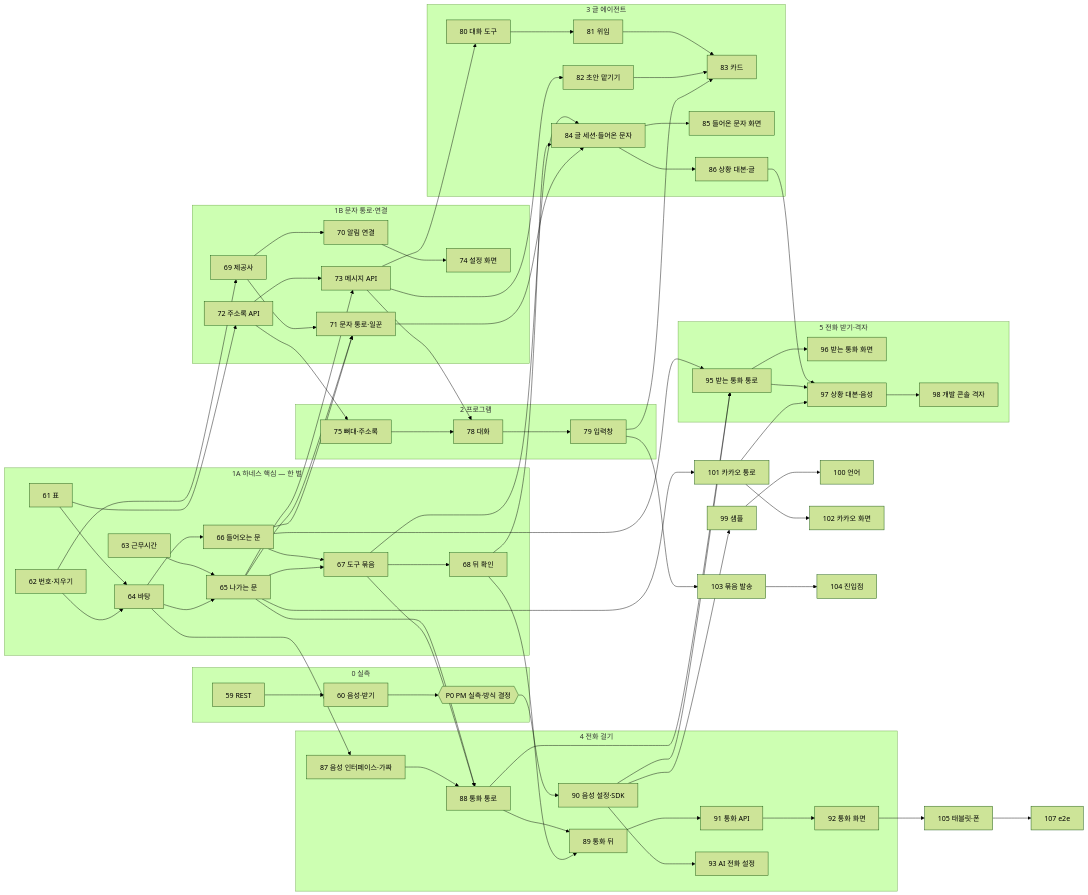
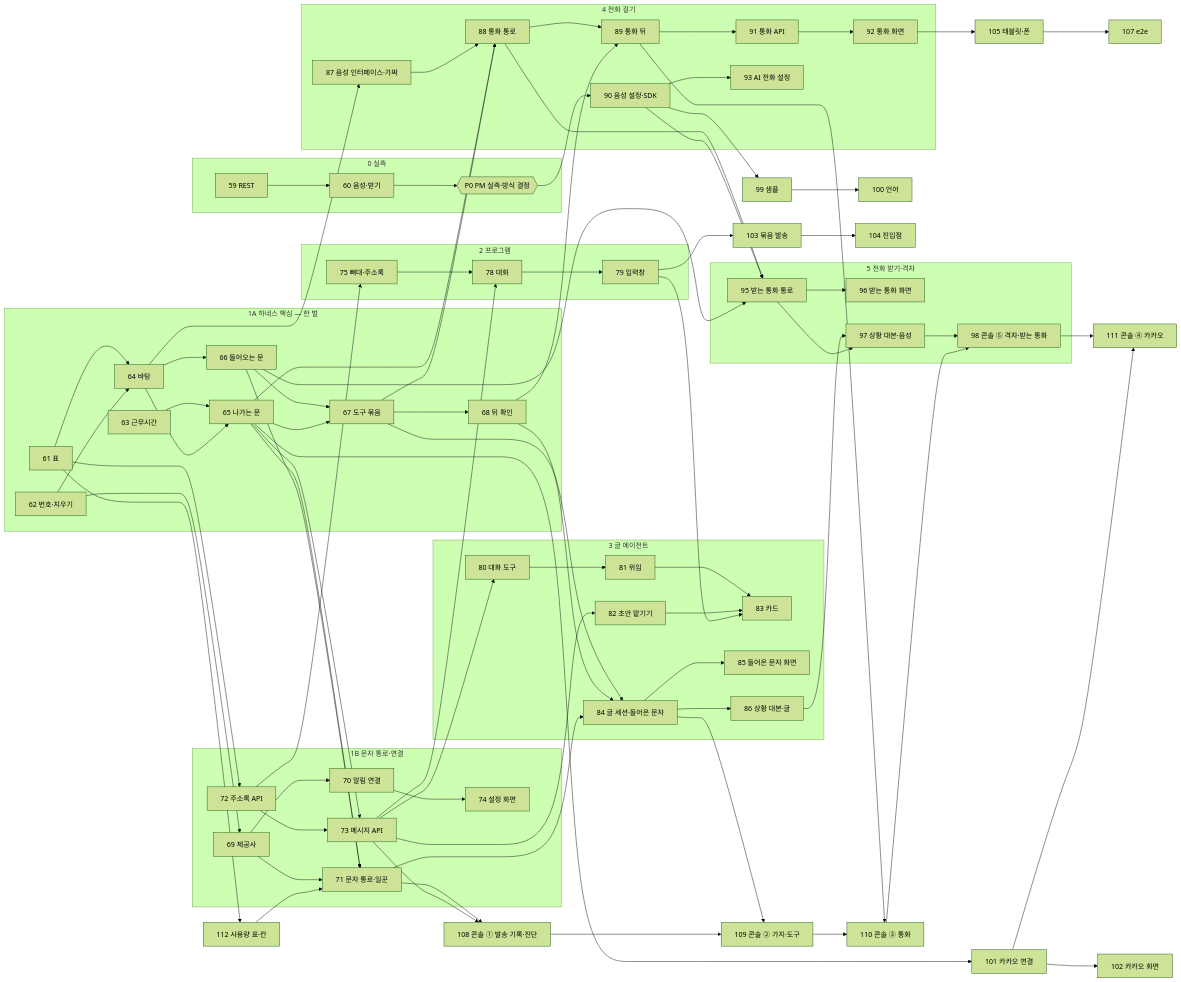
One commit to sohnjangho/chronos changed the diagram in docs/plans/2026-11-23-chronos-plan-4-contacts-outreach.md. Above: the diagram before and after it, drawn with Mermaid (forest theme). The commit also changed other lines of this file, not shown here.

````diff
--- a/docs/plans/2026-11-23-chronos-plan-4-contacts-outreach.md
+++ b/docs/plans/2026-11-23-chronos-plan-4-contacts-outreach.md
@@ -49,54 +51,59 @@
 ```mermaid
 graph LR
   subgraph S0[0 실측]
     T59[59 REST] --> T60[60 음성·받기] --> P0{{P0 PM 실측·방식 결정}}
   end
   subgraph S1A[1A 하네스 핵심 — 한 벌]
     T61[61 표] --> T64[64 바탕]
     T62[62 번호·지우기] --> T64
     T63[63 근무시간] --> T65[65 나가는 문]
     T64 --> T65
     T64 --> T66[66 들어오는 문] --> T67[67 도구 묶음] --> T68[68 뒤 확인]
     T65 --> T67
   end
   subgraph S1B[1B 문자 통로·연결]
     T62 --> T69[69 제공사] --> T70[70 알림 연결] --> T74[74 설정 화면]
     T65 --> T71[71 문자 통로·일꾼]
     T66 --> T71
     T69 --> T71
     T61 --> T72[72 주소록 API] --> T73[73 메시지 API]
     T65 --> T73
   end
   subgraph S2[2 프로그램]
     T72 --> T75[75 뼈대·주소록] --> T78[78 대화] --> T79[79 입력창]
     T73 --> T78
   end
   subgraph S3[3 글 에이전트]
     T73 --> T80[80 대화 도구] --> T81[81 위임] --> T83[83 카드]
     T73 --> T82[82 초안 맡기기] --> T83
     T79 --> T83
     T67 --> T84[84 글 세션·들어온 문자]
     T68 --> T84
     T71 --> T84 --> T85[85 들어온 문자 화면]
     T84 --> T86[86 상황 대본·글]
   end
   subgraph S4[4 전화 걸기]
     T64 --> T87[87 음성 인터페이스·가짜] --> T88[88 통화 통로]
     T65 --> T88
     T67 --> T88 --> T89[89 통화 뒤] --> T91[91 통화 API] --> T92[92 통화 화면]
     T68 --> T89
     P0 --> T90[90 음성 설정·SDK] --> T93[93 AI 전화 설정]
   end
   subgraph S5[5 전화 받기·격자]
     T66 --> T95[95 받는 통화 통로]
     T88 --> T95
     T90 --> T95 --> T96[96 받는 통화 화면]
-    T86 --> T97[97 상황 대본·음성] --> T98[98 개발 콘솔 격자]
+    T86 --> T97[97 상황 대본·음성] --> T98[98 콘솔 ⑤ 격자·받는 통화]
     T95 --> T97
   end
   T90 --> T99[99 샘플] --> T100[100 언어]
-  T65 --> T101[101 카카오 통로] --> T102[102 카카오 화면]
-  T101 --> T97
+  T65 --> T101[101 카카오 연결] --> T102[102 카카오 화면]
   T79 --> T103[103 묶음 발송] --> T104[104 진입점]
   T92 --> T105[105 태블릿·폰] --> T107[107 e2e]
+  T71 --> T108[108 콘솔 ① 발송 기록·진단] --> T109[109 콘솔 ② 가지·도구] --> T110[110 콘솔 ③ 통화] --> T98 --> T111[111 콘솔 ④ 카카오]
+  T73 --> T108
+  T101 --> T111
+  T84 --> T109
+  T89 --> T110
+  T61 --> T112[112 사용량 표·칸] --> T71
 ```
````
